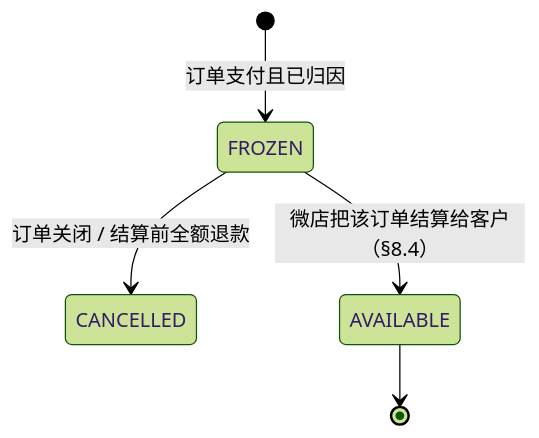
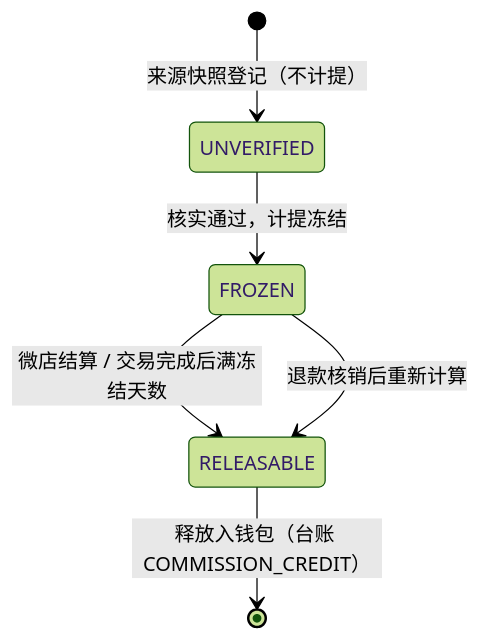
The fifth of 6 diagrams in docs/03-设计/系统详细设计说明书.md (ksws00684315/t-crm), drawn with Mermaid (forest theme) before and after one commit. The commit also changed other lines of this file and 2 other files, not shown here.

Commit message:
docs(commission): 任务 61 佣金结算与提现接口契约 (ADR-032)

````diff
--- a/docs/03-设计/系统详细设计说明书.md
+++ b/docs/03-设计/系统详细设计说明书.md
@@ -609,7 +614,8 @@
 ```mermaid
 stateDiagram-v2
-  [*] --> FROZEN: 订单支付且已归因
-  FROZEN --> CANCELLED: 订单关闭 / 结算前全额退款
-  FROZEN --> AVAILABLE: 微店把该订单结算给客户（§8.4）
-  AVAILABLE --> [*]
+  [*] --> UNVERIFIED: 来源快照登记（不计提）
+  UNVERIFIED --> FROZEN: 核实通过，计提冻结
+  FROZEN --> RELEASABLE: 微店结算 / 交易完成后满冻结天数
+  RELEASABLE --> [*]: 释放入钱包（台账 COMMISSION_CREDIT）
+  FROZEN --> RELEASABLE: 退款核销后重新计算
 ```
````
